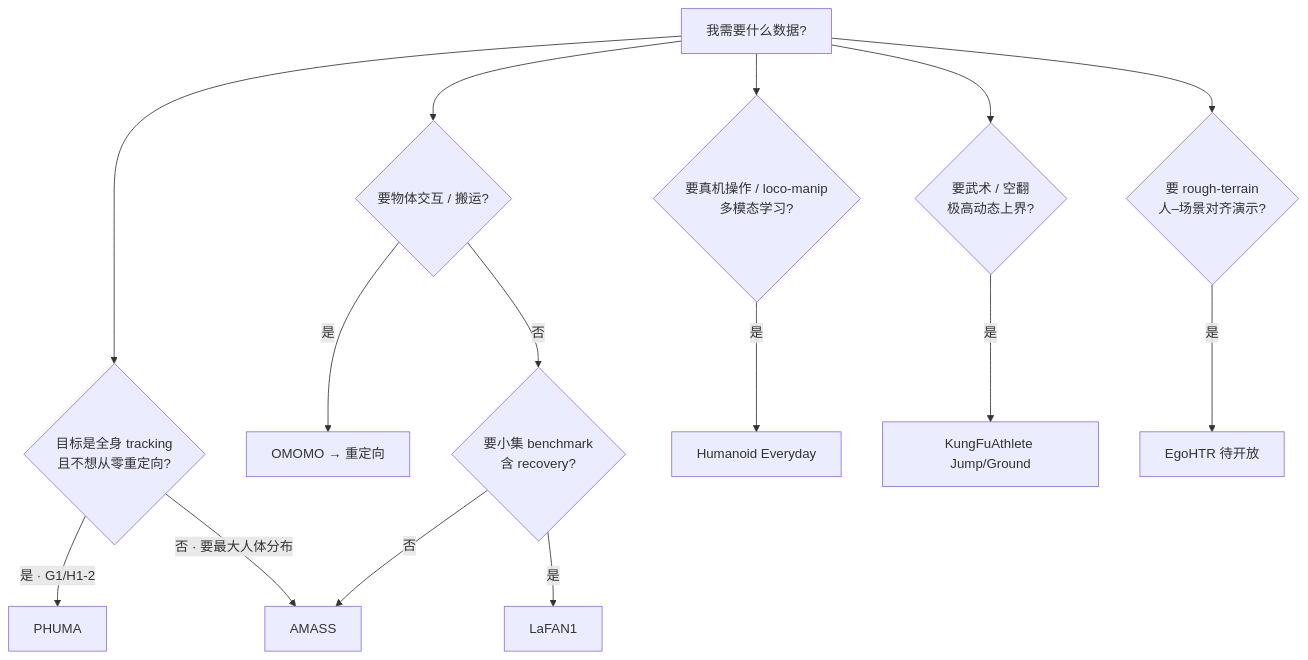
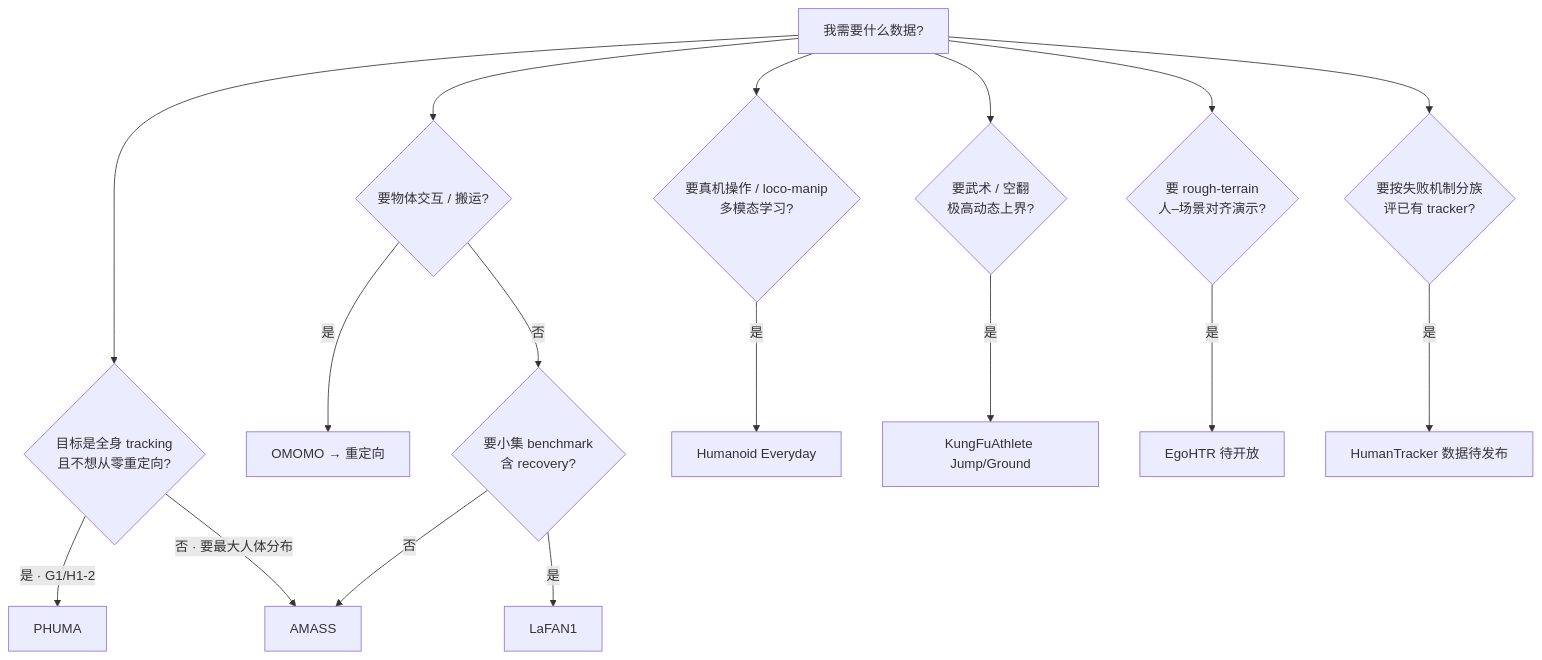
One commit to ImChong/Robotics_Notebooks changed the diagram in wiki/comparisons/humanoid-reference-motion-datasets.md. Above: the diagram before and after it, drawn with Mermaid. The commit also changed other lines of this file and 22 other files, not shown here.

Commit message:
[2026-08-15] ingest | sources/papers/humantracker_arxiv_2608_13555.md — 接入 HumanTracker 四族光学基准与 HumanScore

````diff
--- a/wiki/comparisons/humanoid-reference-motion-datasets.md
+++ b/wiki/comparisons/humanoid-reference-motion-datasets.md
@@ -83,18 +86,20 @@
 ```mermaid
 flowchart TD
   start[我需要什么数据?]
   start --> q1{目标是全身 tracking<br/>且不想从零重定向?}
   q1 -->|是 · G1/H1-2| phuma[PHUMA]
   q1 -->|否 · 要最大人体分布| amass[AMASS]
   start --> q2{要物体交互 / 搬运?}
   q2 -->|是| omomo[OMOMO → 重定向]
   q2 -->|否| q3{要小集 benchmark<br/>含 recovery?}
   q3 -->|是| lafan[LaFAN1]
   q3 -->|否| amass
   start --> q4{要真机操作 / loco-manip<br/>多模态学习?}
   q4 -->|是| he[Humanoid Everyday]
   start --> q5{要武术 / 空翻<br/>极高动态上界?}
   q5 -->|是| kfa[KungFuAthlete Jump/Ground]
   start --> q6{要 rough-terrain<br/>人–场景对齐演示?}
   q6 -->|是| egohtr[EgoHTR 待开放]
+  start --> q7{要按失败机制分族<br/>评已有 tracker?}
+  q7 -->|是| ht[HumanTracker 数据待发布]
 ```
````
